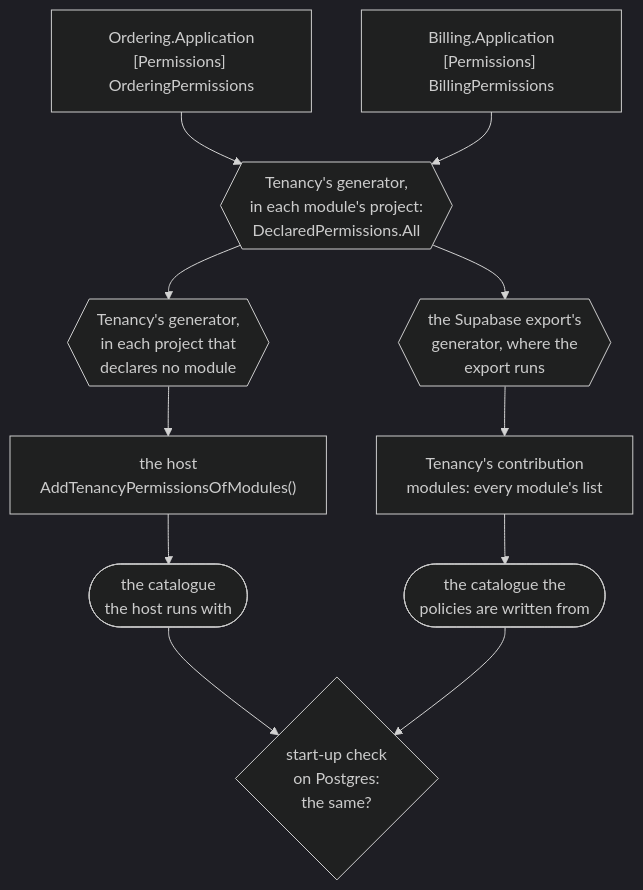
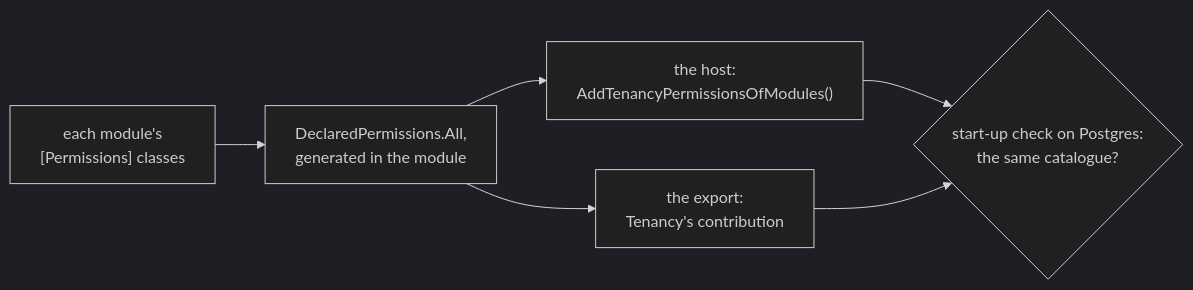
The diagram in docs/tenancy/roles-and-permissions.md (DylanSnel/DDDToolkit), drawn with Mermaid (dark theme) before and after one commit. The commit also changed other lines of this file and 1 other file, not shown here.

First line of the commit message:
Docs: tighten the Tenancy pages on roles and permissions, and on design

````diff
--- a/docs/tenancy/roles-and-permissions.md
+++ b/docs/tenancy/roles-and-permissions.md
@@ -91,19 +74,8 @@
 ```mermaid
-flowchart TB
-    Ordering["Ordering.Application<br/>[Permissions] OrderingPermissions"]
-    Billing["Billing.Application<br/>[Permissions] BillingPermissions"]
-    Declared{{"Tenancy's generator,<br/>in each module's project:<br/>DeclaredPermissions.All"}}
-    Generator{{"Tenancy's generator,<br/>in each project that<br/>declares no module"}}
-    Supabase{{"the Supabase export's<br/>generator, where the<br/>export runs"}}
-    Host["the host<br/>AddTenancyPermissionsOfModules()"]
-    Export["Tenancy's contribution<br/>modules: every module's list"]
-    Running(["the catalogue<br/>the host runs with"])
-    Written(["the catalogue the<br/>policies are written from"])
-    Check{"start-up check<br/>on Postgres:<br/>the same?"}
-    Ordering --> Declared
-    Billing --> Declared
-    Declared --> Generator
-    Declared --> Supabase
-    Generator --> Host --> Running --> Check
-    Supabase --> Export --> Written --> Check
+flowchart LR
+    Module["each module's<br/>[Permissions] classes"] --> Declared["DeclaredPermissions.All,<br/>generated in the module"]
+    Declared --> Host["the host:<br/>AddTenancyPermissionsOfModules()"]
+    Declared --> Export["the export:<br/>Tenancy's contribution"]
+    Host --> Check{"start-up check on Postgres:<br/>the same catalogue?"}
+    Export --> Check
 ```
````
